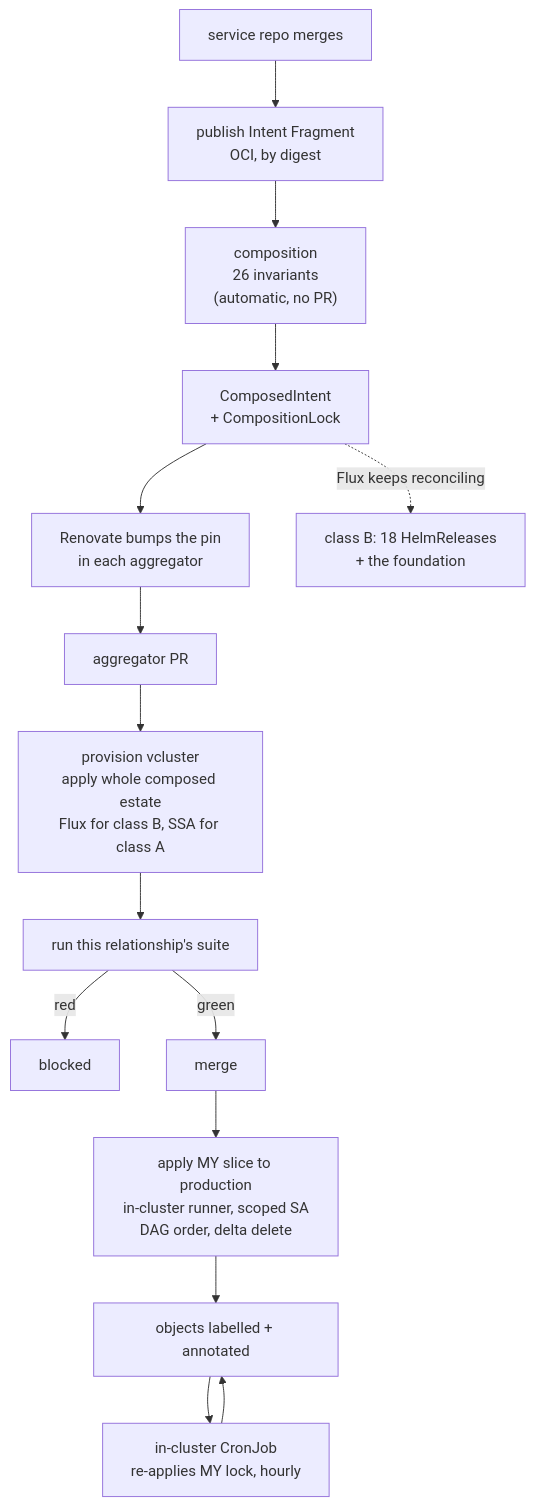
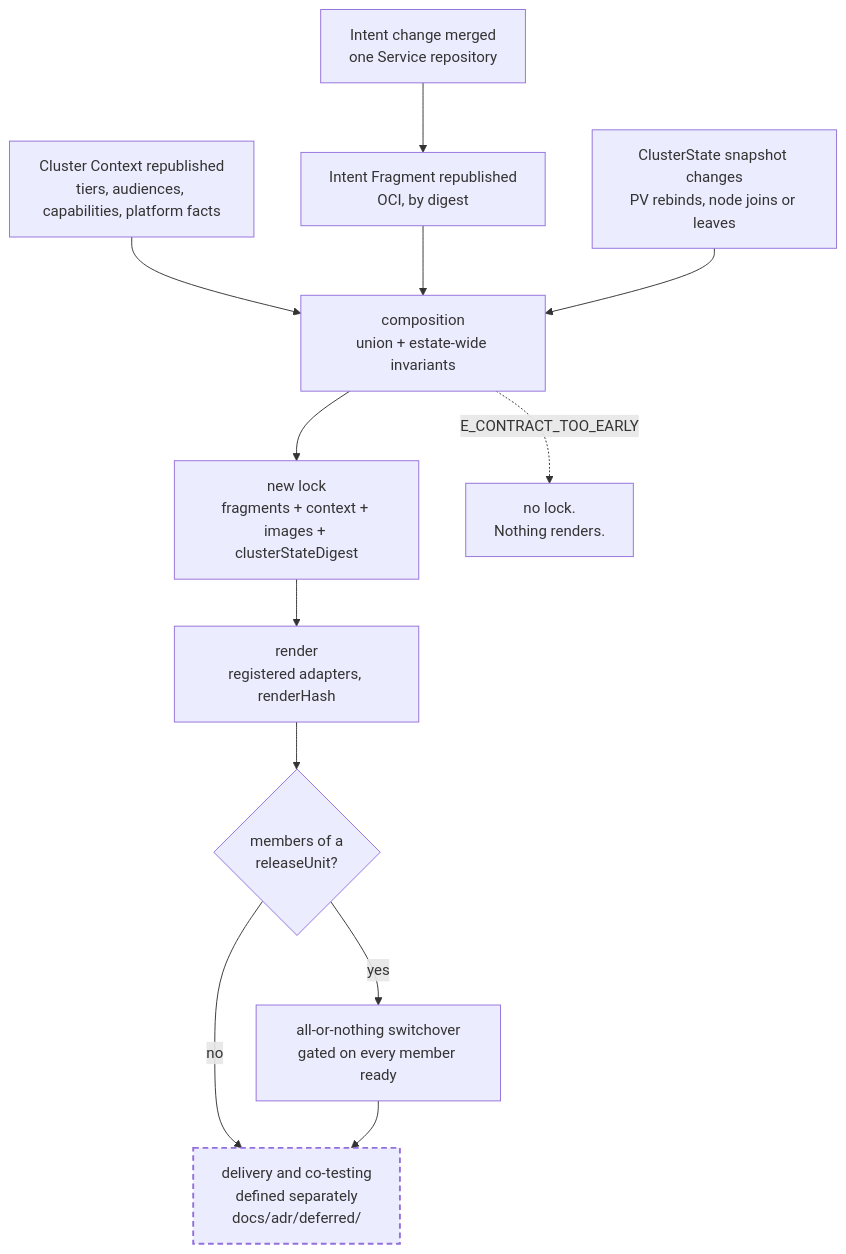
One commit to JorisJonkers-dev/deploy-config-schema changed the second of 2 diagrams in spec/v1/50-lifecycle.md. Above: the diagram before and after it, drawn with Mermaid. The commit also changed other lines of this file and 110 other files, not shown here.

````diff
--- a/spec/v1/50-lifecycle.md
+++ b/spec/v1/50-lifecycle.md
@@ -209,17 +233,15 @@
 ```mermaid
 flowchart TB
-    S["service repo merges"] --> F["publish Intent Fragment<br/>OCI, by digest"]
-    F --> C["composition<br/>26 invariants<br/>(automatic, no PR)"]
-    C --> L["ComposedIntent<br/>+ CompositionLock"]
-    L --> R["Renovate bumps the pin<br/>in each aggregator"]
-    R --> PR["aggregator PR"]
-    PR --> V["provision vcluster<br/>apply whole composed estate<br/>Flux for class B, SSA for class A"]
-    V --> T["run this relationship's suite"]
-    T -->|red| X["blocked"]
-    T -->|green| M["merge"]
-    M --> A["apply MY slice to production<br/>in-cluster runner, scoped SA<br/>DAG order, delta delete"]
-    A --> N["objects labelled + annotated"]
-    N --> J["in-cluster CronJob<br/>re-applies MY lock, hourly"]
-    J --> N
-    L -.->|"Flux keeps reconciling"| B["class B: 18 HelmReleases<br/>+ the foundation"]
+    I["Intent change merged<br/>one Service repository"] --> F["Intent Fragment republished<br/>OCI, by digest"]
+    X["Cluster Context republished<br/>tiers, audiences, capabilities, platform facts"] --> C
+    F --> C["composition<br/>union + estate-wide invariants"]
+    S["ClusterState snapshot changes<br/>PV rebinds, node joins or leaves"] --> C
+    C --> L["new lock<br/>fragments + context + images + clusterStateDigest"]
+    L --> R["render<br/>registered adapters, renderHash"]
+    R --> G{"members of a<br/>releaseUnit?"}
+    G -->|"no"| D["delivery and co-testing<br/>defined separately<br/>docs/adr/deferred/"]
+    G -->|"yes"| U["all-or-nothing switchover<br/>gated on every member ready"]
+    U --> D
+    C -.->|"E_CONTRACT_TOO_EARLY"| B["no lock.<br/>Nothing renders."]
+    style D stroke-width:2px,stroke-dasharray:6 4;
 ```
````
